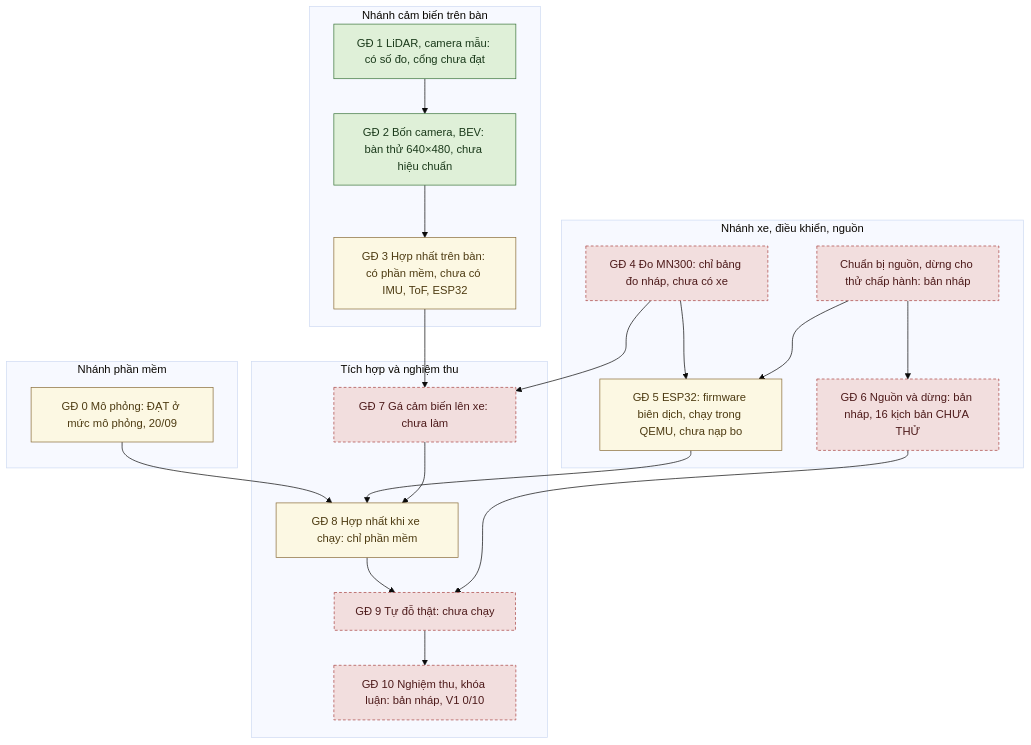
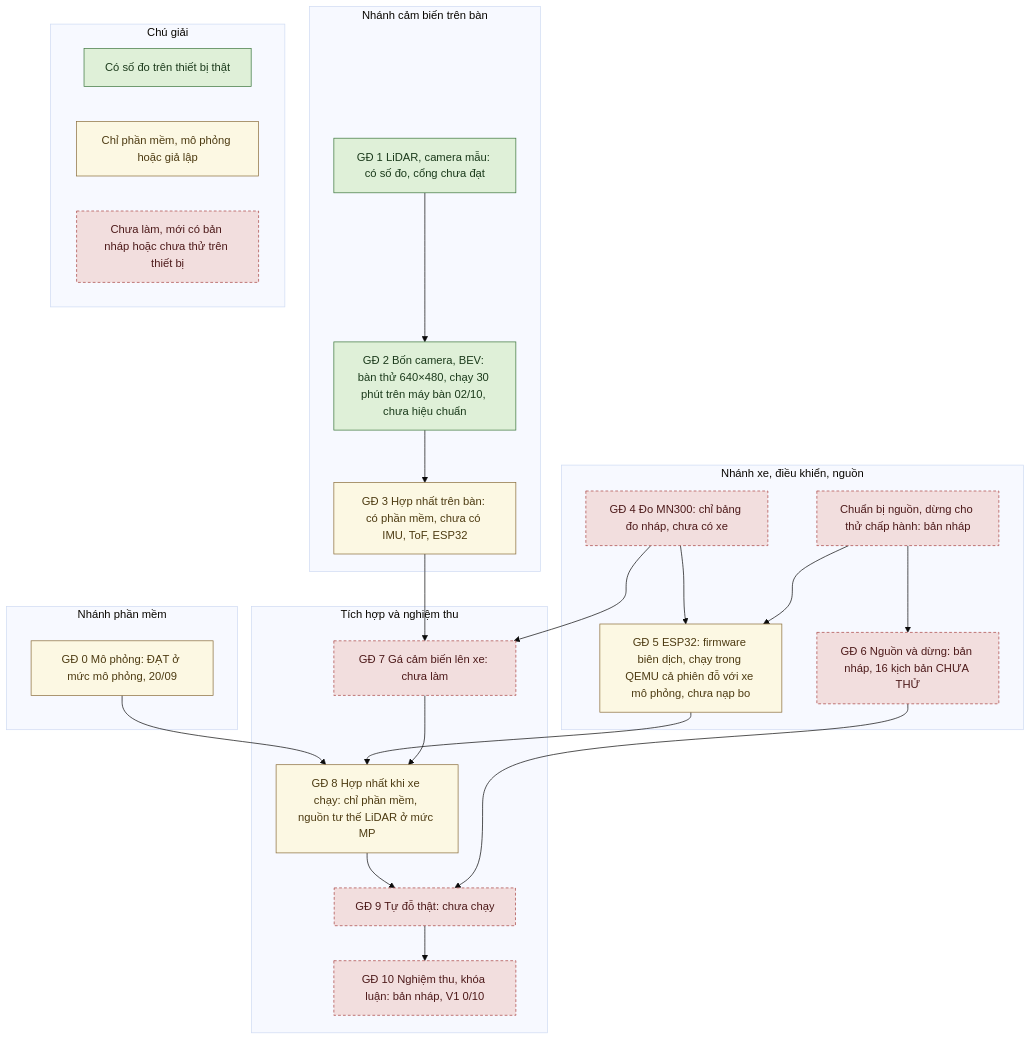
Diagram 43 of 50 in autopark/docs/SO_DO_HE_THONG.md (thbn12082/autopark), drawn with Mermaid (base theme) before and after one commit. The commit also changed other lines of this file and 223 other files, not shown here.

````diff
--- a/autopark/docs/SO_DO_HE_THONG.md
+++ b/autopark/docs/SO_DO_HE_THONG.md
@@ -2358,38 +2718,43 @@
 ```mermaid
 flowchart TD
     subgraph SG_PM["Nhánh phần mềm"]
         G0["GĐ 0 Mô phỏng: ĐẠT ở mức mô phỏng, 20/09"]
     end
     subgraph SG_CB["Nhánh cảm biến trên bàn"]
         G1["GĐ 1 LiDAR, camera mẫu: có số đo, cổng chưa đạt"]
-        G2["GĐ 2 Bốn camera, BEV: bàn thử 640×480, chưa hiệu chuẩn"]
+        G2["GĐ 2 Bốn camera, BEV: bàn thử 640×480, chạy 30 phút trên máy bàn 02/10, chưa hiệu chuẩn"]
         G3["GĐ 3 Hợp nhất trên bàn: có phần mềm, chưa có IMU, ToF, ESP32"]
     end
     subgraph SG_XE["Nhánh xe, điều khiển, nguồn"]
         G4["GĐ 4 Đo MN300: chỉ bảng đo nháp, chưa có xe"]
         P["Chuẩn bị nguồn, dừng cho thử chấp hành: bản nháp"]
-        G5["GĐ 5 ESP32: firmware biên dịch, chạy trong QEMU, chưa nạp bo"]
+        G5["GĐ 5 ESP32: firmware biên dịch, chạy trong QEMU cả phiên đỗ với xe mô phỏng, chưa nạp bo"]
         G6["GĐ 6 Nguồn và dừng: bản nháp, 16 kịch bản CHƯA THỬ"]
     end
     subgraph SG_TH["Tích hợp và nghiệm thu"]
         G7["GĐ 7 Gá cảm biến lên xe: chưa làm"]
-        G8["GĐ 8 Hợp nhất khi xe chạy: chỉ phần mềm"]
+        G8["GĐ 8 Hợp nhất khi xe chạy: chỉ phần mềm, nguồn tư thế LiDAR ở mức MP"]
         G9["GĐ 9 Tự đỗ thật: chưa chạy"]
         G10["GĐ 10 Nghiệm thu, khóa luận: bản nháp, V1 0/10"]
     end
     G1 --> G2 --> G3 --> G7
     G4 --> G5
     G4 --> G7
     P --> G5
     P --> G6
     G0 --> G8
     G5 --> G8
     G7 --> G8 --> G9 --> G10
     G6 --> G9
+    subgraph SG_CG["Chú giải"]
+        K1["Có số đo trên thiết bị thật"]
+        K2["Chỉ phần mềm, mô phỏng hoặc giả lập"]
+        K3["Chưa làm, mới có bản nháp hoặc chưa thử trên thiết bị"]
+    end
     classDef daco fill:#dff0d8,stroke:#3c763d,color:#1b3a1b
     classDef giaLap fill:#fcf8e3,stroke:#8a6d3b,color:#4d3b12
     classDef chuaLam fill:#f2dede,stroke:#a94442,color:#4d1a1a,stroke-dasharray: 4 3
-    class G1,G2 daco
-    class G0,G3,G5,G8 giaLap
-    class G4,P,G6,G7,G9,G10 chuaLam
+    class G1,G2,K1 daco
+    class G0,G3,G5,G8,K2 giaLap
+    class G4,P,G6,G7,G9,G10,K3 chuaLam
 ```
````
